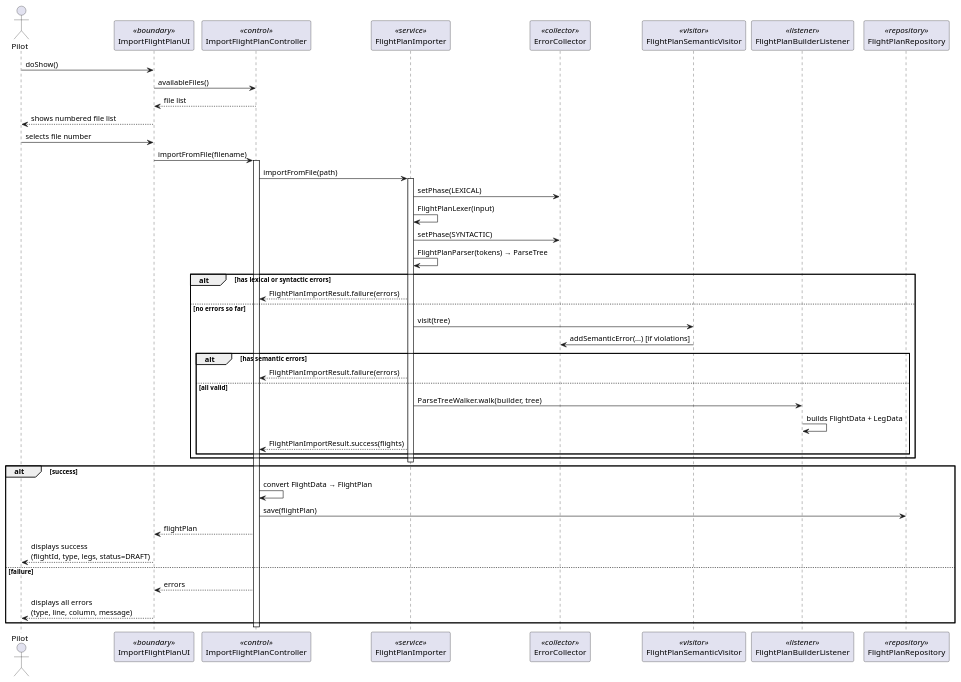
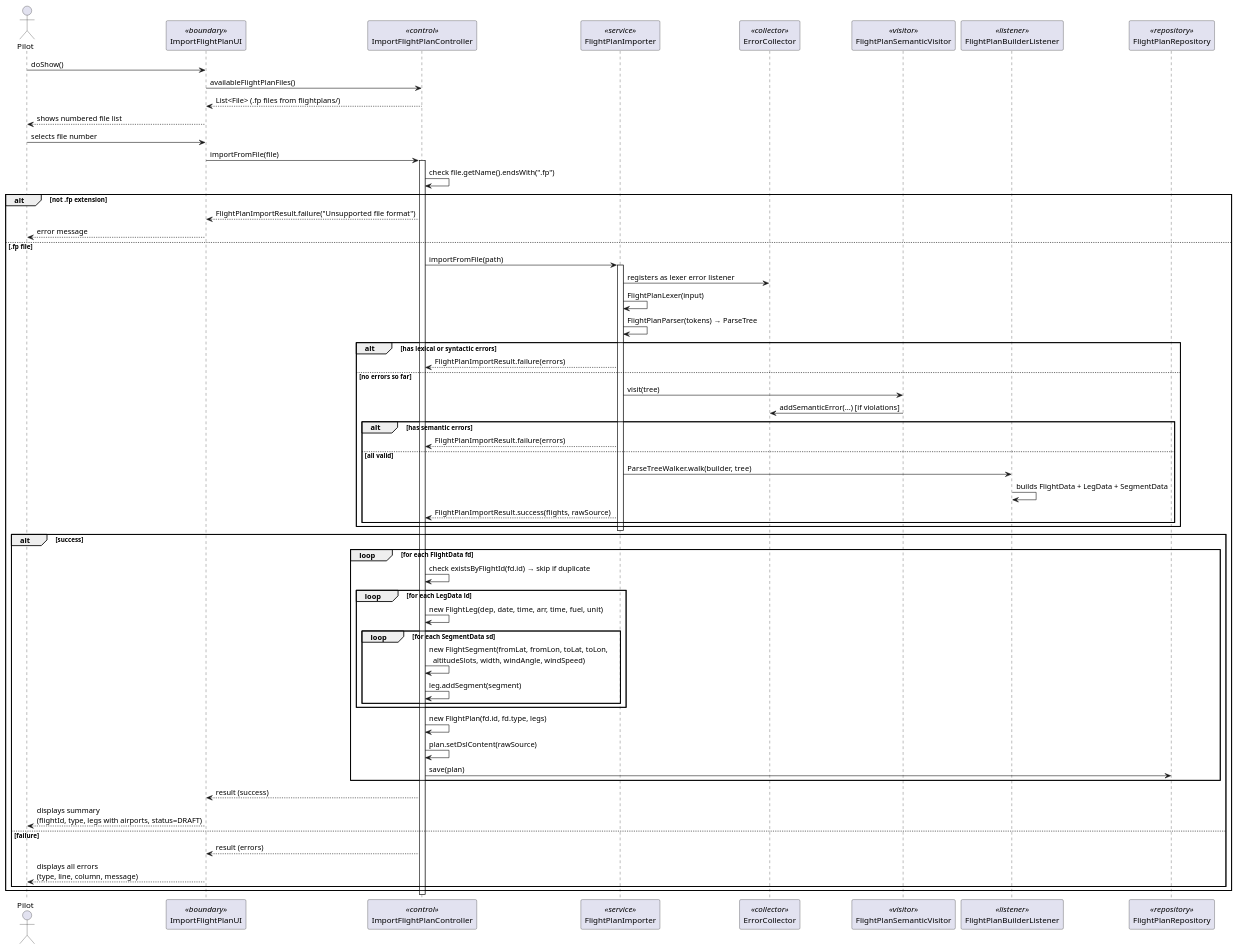
The diagram in docs/Sprint 3/EAPLI/US081/puml/US081-sequence-diagram.puml (DuartePinto1240/sem4pi2526-sem4pi2526_2da2), drawn with PlantUML before and after one commit. The commit also changed 9 other files, not shown here.

```diff
--- a/docs/Sprint 3/EAPLI/US081/puml/US081-sequence-diagram.puml
+++ b/docs/Sprint 3/EAPLI/US081/puml/US081-sequence-diagram.puml
@@ -1,56 +1,73 @@
 @startuml
 actor Pilot
 participant ImportFlightPlanUI as UI <<boundary>>
 participant ImportFlightPlanController as CTRL <<control>>
 participant FlightPlanImporter as IMP <<service>>
 participant ErrorCollector as ERR <<collector>>
 participant FlightPlanSemanticVisitor as VIS <<visitor>>
 participant FlightPlanBuilderListener as BLD <<listener>>
 participant FlightPlanRepository as REPO <<repository>>
 
 Pilot -> UI : doShow()
-UI -> CTRL : availableFiles()
-CTRL --> UI : file list
+UI -> CTRL : availableFlightPlanFiles()
+CTRL --> UI : List<File> (.fp files from flightplans/)
 UI --> Pilot : shows numbered file list
 
 Pilot -> UI : selects file number
-UI -> CTRL : importFromFile(filename)
+UI -> CTRL : importFromFile(file)
 activate CTRL
-CTRL -> IMP : importFromFile(path)
-activate IMP
 
-IMP -> ERR : setPhase(LEXICAL)
-IMP -> IMP : FlightPlanLexer(input)
+CTRL -> CTRL : check file.getName().endsWith(".fp")
+alt not .fp extension
+    CTRL --> UI : FlightPlanImportResult.failure("Unsupported file format")
+    UI --> Pilot : error message
+else .fp file
+    CTRL -> IMP : importFromFile(path)
+    activate IMP
 
-IMP -> ERR : setPhase(SYNTACTIC)
-IMP -> IMP : FlightPlanParser(tokens) → ParseTree
+    IMP -> ERR : registers as lexer error listener
+    IMP -> IMP : FlightPlanLexer(input)
 
-alt has lexical or syntactic errors
-    IMP --> CTRL : FlightPlanImportResult.failure(errors)
-else no errors so far
-    IMP -> VIS : visit(tree)
-    VIS -> ERR : addSemanticError(...) [if violations]
+    IMP -> IMP : FlightPlanParser(tokens) → ParseTree
 
-    alt has semantic errors
+    alt has lexical or syntactic errors
         IMP --> CTRL : FlightPlanImportResult.failure(errors)
-    else all valid
-        IMP -> BLD : ParseTreeWalker.walk(builder, tree)
-        BLD -> BLD : builds FlightData + LegData
-        IMP --> CTRL : FlightPlanImportResult.success(flights)
+    else no errors so far
+        IMP -> VIS : visit(tree)
+        VIS -> ERR : addSemanticError(...) [if violations]
+
+        alt has semantic errors
+            IMP --> CTRL : FlightPlanImportResult.failure(errors)
+        else all valid
+            IMP -> BLD : ParseTreeWalker.walk(builder, tree)
+            BLD -> BLD : builds FlightData + LegData + SegmentData
+            IMP --> CTRL : FlightPlanImportResult.success(flights, rawSource)
+        end
     end
-end
 
-deactivate IMP
+    deactivate IMP
 
-alt success
-    CTRL -> CTRL : convert FlightData → FlightPlan
-    CTRL -> REPO : save(flightPlan)
-    CTRL --> UI : flightPlan
-    UI --> Pilot : displays success\n(flightId, type, legs, status=DRAFT)
-else failure
-    CTRL --> UI : errors
-    UI --> Pilot : displays all errors\n(type, line, column, message)
+    alt success
+        loop for each FlightData fd
+            CTRL -> CTRL : check existsByFlightId(fd.id) → skip if duplicate
+            loop for each LegData ld
+                CTRL -> CTRL : new FlightLeg(dep, date, time, arr, time, fuel, unit)
+                loop for each SegmentData sd
+                    CTRL -> CTRL : new FlightSegment(fromLat, fromLon, toLat, toLon,\n  altitudeSlots, width, windAngle, windSpeed)
+                    CTRL -> CTRL : leg.addSegment(segment)
+                end
+            end
+            CTRL -> CTRL : new FlightPlan(fd.id, fd.type, legs)
+            CTRL -> CTRL : plan.setDslContent(rawSource)
+            CTRL -> REPO : save(plan)
+        end
+        CTRL --> UI : result (success)
+        UI --> Pilot : displays summary\n(flightId, type, legs with airports, status=DRAFT)
+    else failure
+        CTRL --> UI : result (errors)
+        UI --> Pilot : displays all errors\n(type, line, column, message)
+    end
 end
 
 deactivate CTRL
 @enduml
```
